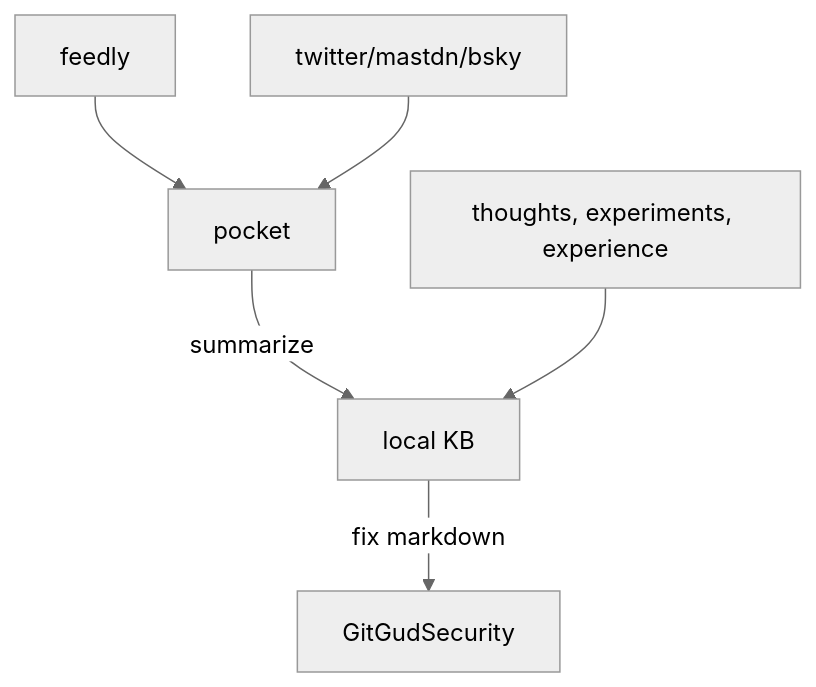
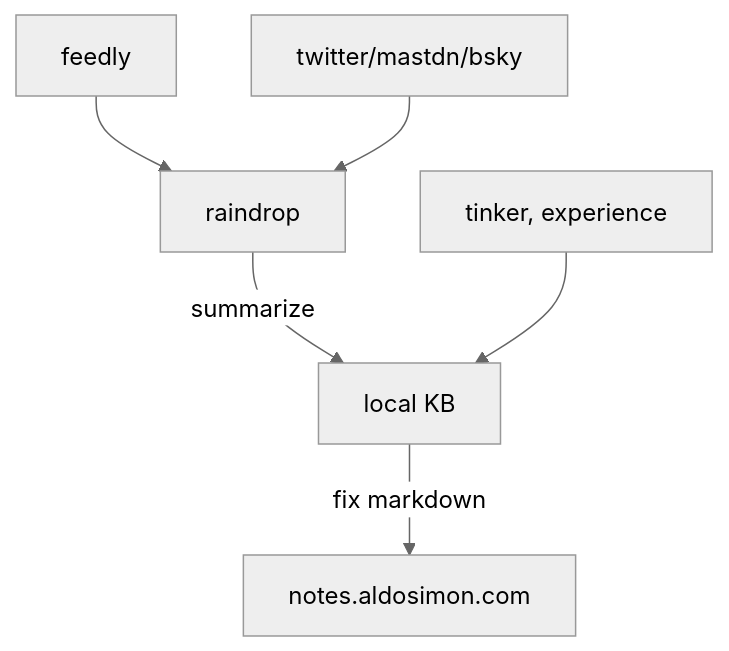
Before and after one commit to aldosimon/GitGudSecurity: the diagram in docs/index.md, drawn with Mermaid (neutral theme).

````diff
--- a/docs/index.md
+++ b/docs/index.md
@@ -15,9 +15,9 @@
 ```mermaid
 graph TD
 
-feedly --> pocket
-socmed[twitter/mastdn/bsky]  --> pocket
-pocket --> | summarize | compendiums[local KB] 
-try[thoughts, experiments, experience] --> compendiums 
-compendiums --> | fix markdown | GitGudSecurity
+feedly --> raindrop
+socmed[twitter/mastdn/bsky]  --> raindrop
+raindrop --> | summarize | compendiums[local KB] 
+try[tinker, experience] --> compendiums 
+compendiums --> | fix markdown | notes.aldosimon.com
 ```
````
